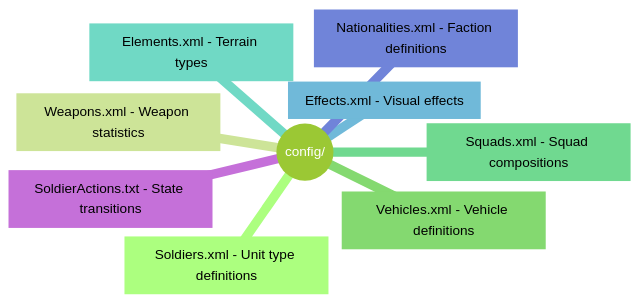
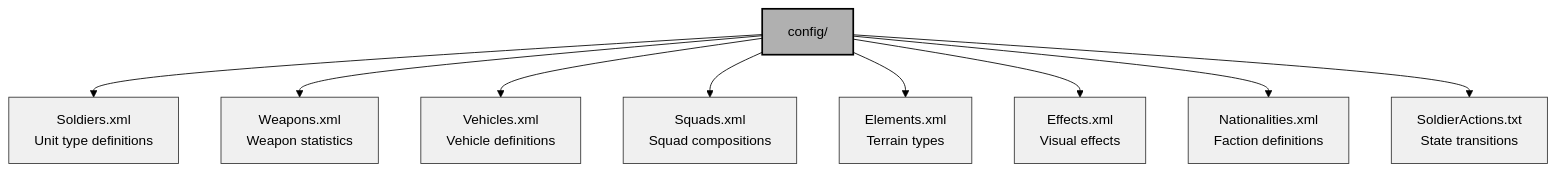
Before and after one commit to jukofyork/close-combat-architecture-study: the third of 10 diagrams in chapter_07_moddability.md, drawn with Mermaid (forest theme). The commit also changed other lines of this file and 15 other files, not shown here.

````diff
--- a/chapter_07_moddability.md
+++ b/chapter_07_moddability.md
@@ -131,12 +141,19 @@
 ```mermaid
-mindmap
-  root((config/))
-    Soldiers.xml["Soldiers.xml - Unit type definitions"]
-    Weapons.xml["Weapons.xml - Weapon statistics"]
-    Vehicles.xml["Vehicles.xml - Vehicle definitions"]
-    Squads.xml["Squads.xml - Squad compositions"]
-    Elements.xml["Elements.xml - Terrain types"]
-    Effects.xml["Effects.xml - Visual effects"]
-    Nationalities.xml["Nationalities.xml - Faction definitions"]
-    SoldierActions.txt["SoldierActions.txt - State transitions"]
+flowchart TD
+    ROOT["config/"] --> S["Soldiers.xml<br/>Unit type definitions"]
+    ROOT --> W["Weapons.xml<br/>Weapon statistics"]
+    ROOT --> V["Vehicles.xml<br/>Vehicle definitions"]
+    ROOT --> SQ["Squads.xml<br/>Squad compositions"]
+    ROOT --> E["Elements.xml<br/>Terrain types"]
+    ROOT --> EF["Effects.xml<br/>Visual effects"]
+    ROOT --> N["Nationalities.xml<br/>Faction definitions"]
+    ROOT --> SA["SoldierActions.txt<br/>State transitions"]
+    
+    classDef default fill:#fff,stroke:#000,stroke-width:1px
+    classDef light fill:#f0f0f0,stroke:#333,stroke-width:1px
+    classDef medium fill:#d0d0d0,stroke:#333,stroke-width:1px
+    classDef dark fill:#b0b0b0,stroke:#000,stroke-width:2px
+    
+    class ROOT dark
+    class S,W,V,SQ,E,EF,N,SA light
 ```
````
